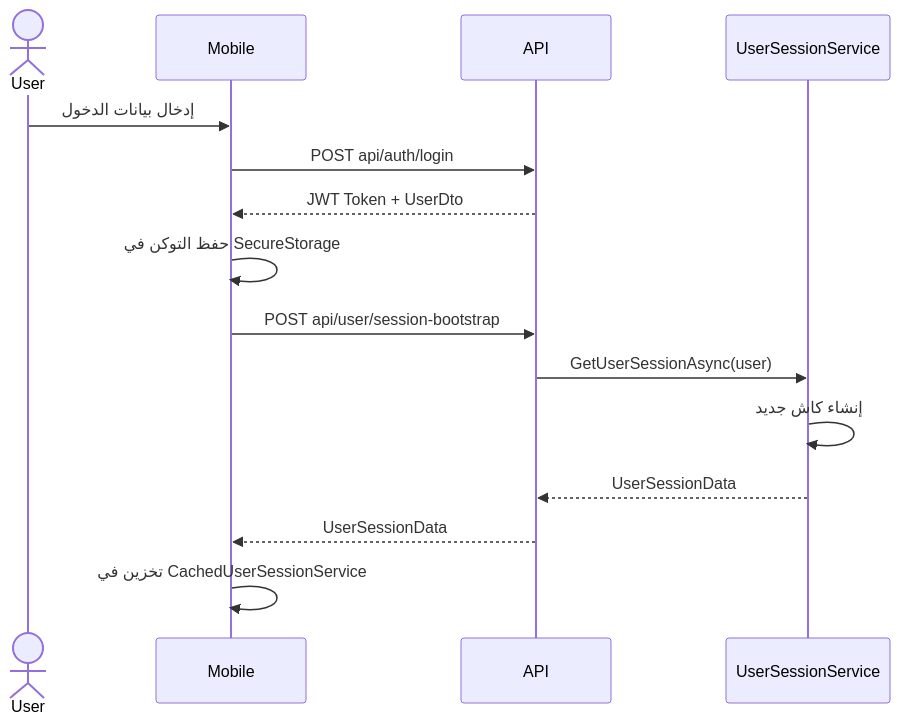
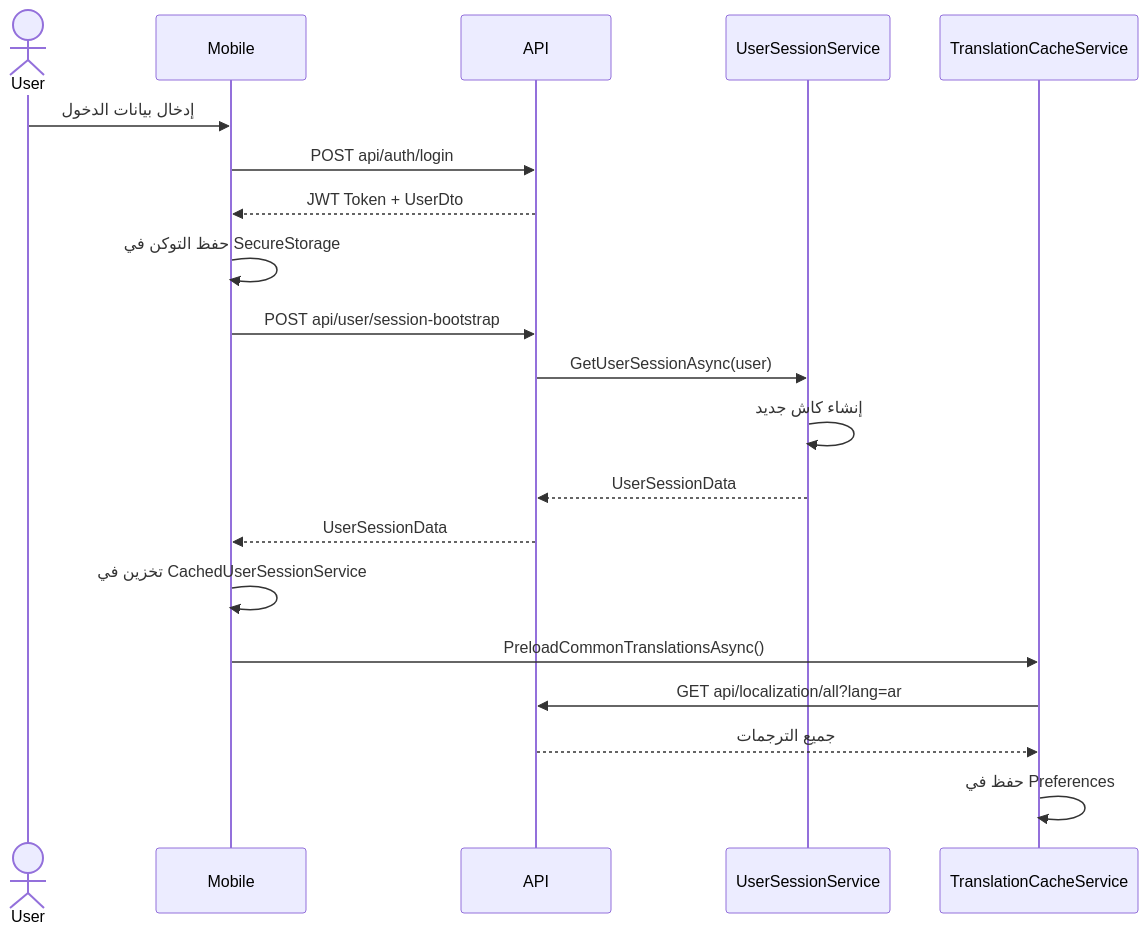
One commit to Rubikans-Egy/Rubikcare-docs changed the second of 3 diagrams in docs/14-caching-system.md. Above: the diagram before and after it, drawn with Mermaid. The commit also changed other lines of this file, not shown here.

````diff
--- a/docs/14-caching-system.md
+++ b/docs/14-caching-system.md
@@ -80,18 +89,23 @@
 ```mermaid
 sequenceDiagram
     actor User
     participant Mobile
     participant API
     participant USS as UserSessionService
+    participant TCS as TranslationCacheService
 
     User->>Mobile: إدخال بيانات الدخول
     Mobile->>API: POST api/auth/login
     API-->>Mobile: JWT Token + UserDto
     Mobile->>Mobile: حفظ التوكن في SecureStorage
     Mobile->>API: POST api/user/session-bootstrap
     API->>USS: GetUserSessionAsync(user)
     USS->>USS: إنشاء كاش جديد
     USS-->>API: UserSessionData
     API-->>Mobile: UserSessionData
     Mobile->>Mobile: تخزين في CachedUserSessionService
+    Mobile->>TCS: PreloadCommonTranslationsAsync()
+    TCS->>API: GET api/localization/all?lang=ar
+    API-->>TCS: جميع الترجمات
+    TCS->>TCS: حفظ في Preferences
 ```
````
